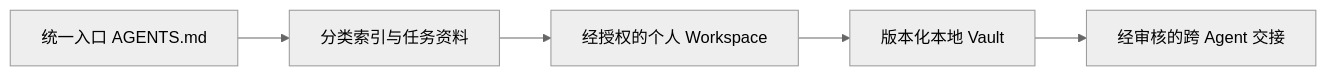
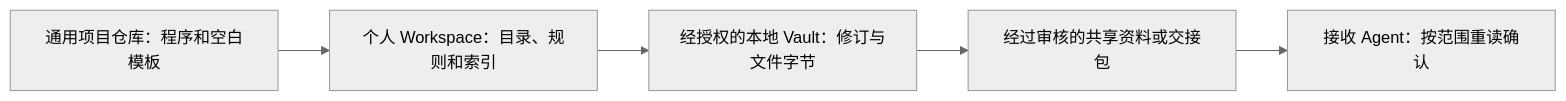
Before and after one commit to ranchen-love/ai-memory-hub-v2-1-review: the diagram in README.md, drawn with Mermaid (neutral theme). The commit also changed other lines of this file, not shown here.

Commit message:
docs: rebuild Chinese README around Agent-first onboarding and verified capabilities

````diff
--- a/README.md
+++ b/README.md
@@ -250,7 +68,7 @@
 ```mermaid
 flowchart LR
-    A["统一入口 AGENTS.md"] --> B["分类索引与任务资料"]
-    B --> C["经授权的个人 Workspace"]
-    C --> D["版本化本地 Vault"]
-    D --> E["经审核的跨 Agent 交接"]
+    A["通用项目仓库：程序和空白模板"] --> B["个人 Workspace：目录、规则和索引"]
+    B --> C["经授权的本地 Vault：修订与文件字节"]
+    C --> D["经过审核的共享资料或交接包"]
+    D --> E["接收 Agent：按范围重读确认"]
 ```
````
